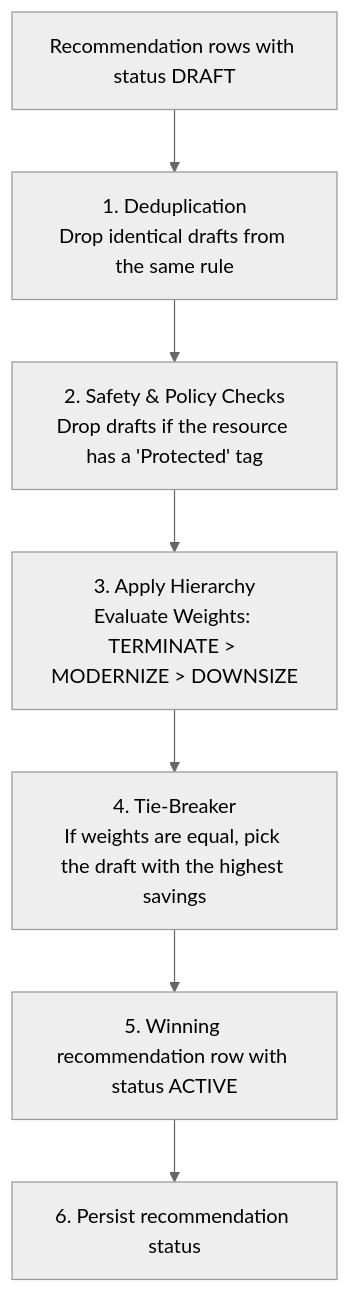
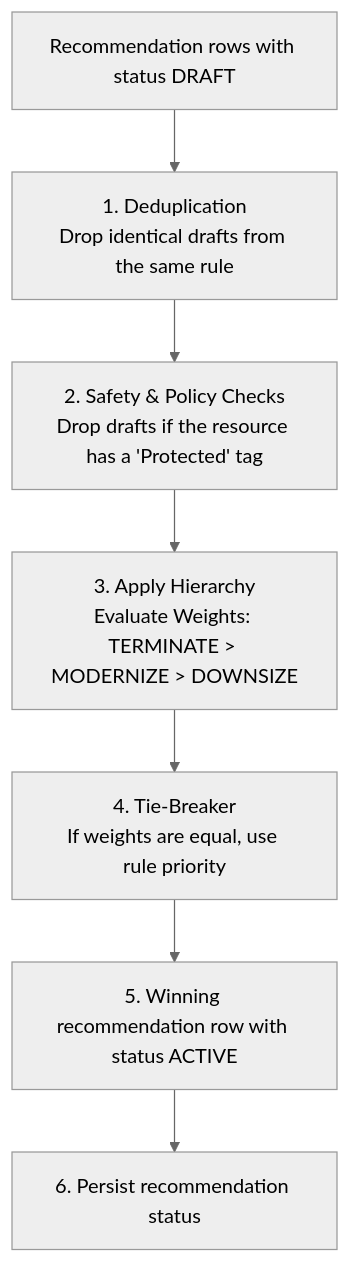
One commit to COS301-SE-2026/CloudSherpa changed the second of 4 diagrams in docs/services/optimization-recommendation.md. Above: the diagram before and after it, drawn with Mermaid (neutral theme). The commit also changed other lines of this file, not shown here.

````diff
--- a/docs/services/optimization-recommendation.md
+++ b/docs/services/optimization-recommendation.md
@@ -179,23 +178,23 @@
 ```mermaid
 flowchart TD
     CANDIDATES[Recommendation rows with status DRAFT]
-    
+
     DEDUPE[1. Deduplication\nDrop identical drafts from the same rule]
-    
+
     SAFETY[2. Safety & Policy Checks\nDrop drafts if the resource has a 'Protected' tag]
-    
+
     HIERARCHY[3. Apply Hierarchy\nEvaluate Weights: TERMINATE > MODERNIZE > DOWNSIZE]
-    
-    SAVINGS[4. Tie-Breaker\nIf weights are equal, pick the draft with the highest savings]
-    
+
+    PRIORITY[4. Tie-Breaker\nIf weights are equal, use rule priority]
+
     FINAL[5. Winning recommendation row with status ACTIVE]
-    
+
     PERSIST[6. Persist recommendation status]
 
     CANDIDATES --> DEDUPE
     DEDUPE --> SAFETY
     SAFETY --> HIERARCHY
-    HIERARCHY --> SAVINGS
-    SAVINGS --> FINAL
+    HIERARCHY --> PRIORITY
+    PRIORITY --> FINAL
     FINAL --> PERSIST
 ```
````
